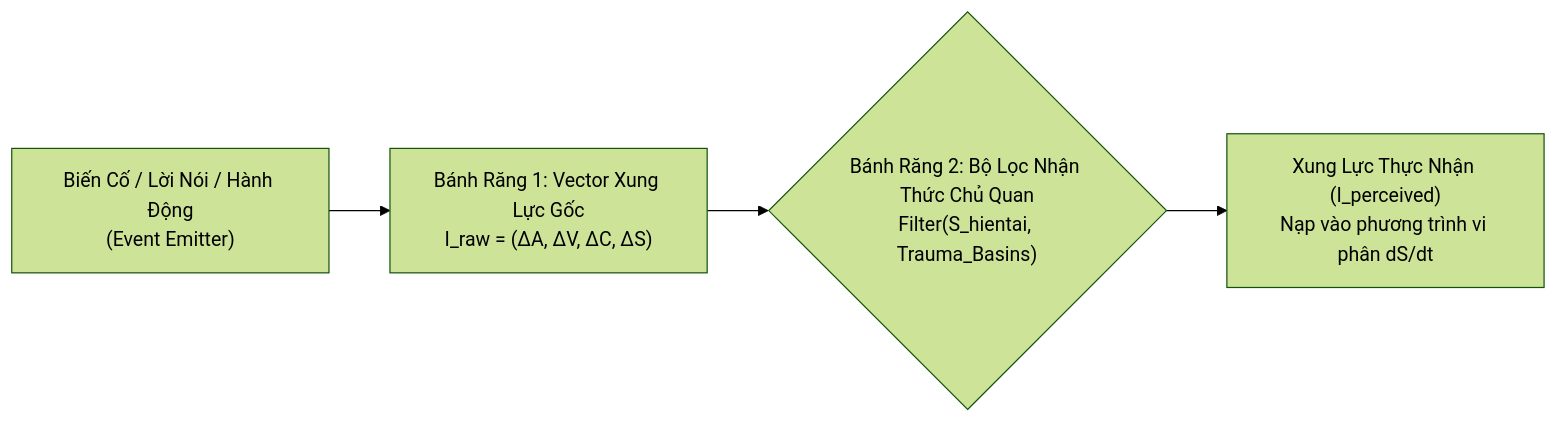
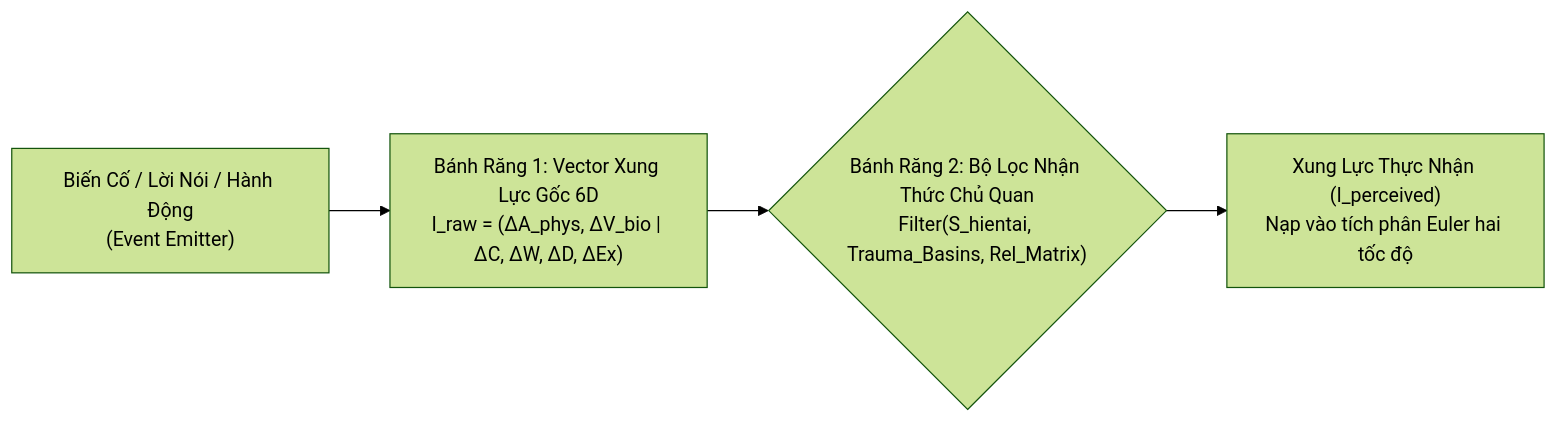
Before and after one commit to HeldenChill/Researchs: the third of 4 diagrams in Thiet-Ke-Game-Mo-Phong-Tam-Ly-Emergence.md, drawn with Mermaid (forest theme). The commit also changed other lines of this file and 2 other files, not shown here.

Commit message:
docs(design): upgrade project anima GDD to two-tier architecture (plan B) and dynamical nemesis system

````diff
--- a/Thiet-Ke-Game-Mo-Phong-Tam-Ly-Emergence.md
+++ b/Thiet-Ke-Game-Mo-Phong-Tam-Ly-Emergence.md
@@ -108,6 +188,6 @@
 ```mermaid
 flowchart LR
-    Event["Biến Cố / Lời Nói / Hành Động<br/>(Event Emitter)"] --> Raw["Bánh Răng 1: Vector Xung Lực Gốc<br/>I_raw = (ΔA, ΔV, ΔC, ΔS)"]
-    Raw --> Filter{"Bánh Răng 2: Bộ Lọc Nhận Thức Chủ Quan<br/>Filter(S_hientai, Trauma_Basins)"}
-    Filter --> Final["Xung Lực Thực Nhận (I_perceived)<br/>Nạp vào phương trình vi phân dS/dt"]
+    Event["Biến Cố / Lời Nói / Hành Động<br/>(Event Emitter)"] --> Raw["Bánh Răng 1: Vector Xung Lực Gốc 6D<br/>I_raw = (ΔA_phys, ΔV_bio | ΔC, ΔW, ΔD, ΔEx)"]
+    Raw --> Filter{"Bánh Răng 2: Bộ Lọc Nhận Thức Chủ Quan<br/>Filter(S_hientai, Trauma_Basins, Rel_Matrix)"}
+    Filter --> Final["Xung Lực Thực Nhận (I_perceived)<br/>Nạp vào tích phân Euler hai tốc độ"]
 ```
````
